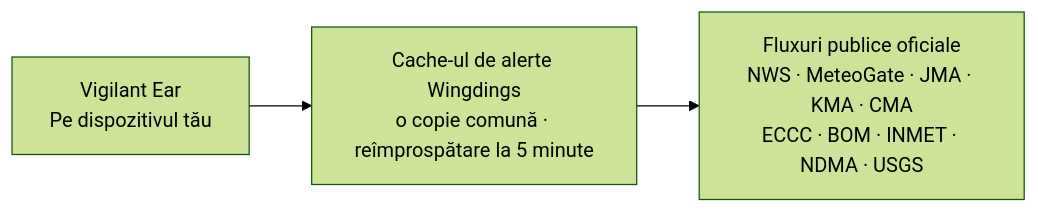
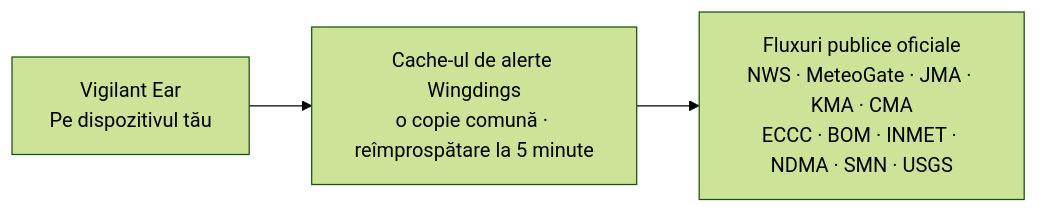
One commit to rpalm01-star/VigilantEarLegal changed the fourth of 4 diagrams in README_ro.md. Above: the diagram before and after it, drawn with Mermaid (forest theme). The commit also changed other lines of this file and 44 other files, not shown here.

````diff
--- a/README_ro.md
+++ b/README_ro.md
@@ -171,5 +171,5 @@
 ```mermaid
 graph LR
     P1["Vigilant Ear<br/>Pe dispozitivul tău"] --> W["Cache-ul de alerte Wingdings<br/>o copie comună · reîmprospătare la 5 minute"]
-    W --> N["Fluxuri publice oficiale<br/>NWS · MeteoGate · JMA · KMA · CMA<br/>ECCC · BOM · INMET · NDMA · USGS"]
+    W --> N["Fluxuri publice oficiale<br/>NWS · MeteoGate · JMA · KMA · CMA<br/>ECCC · BOM · INMET · NDMA · SMN · USGS"]
 ```
````
